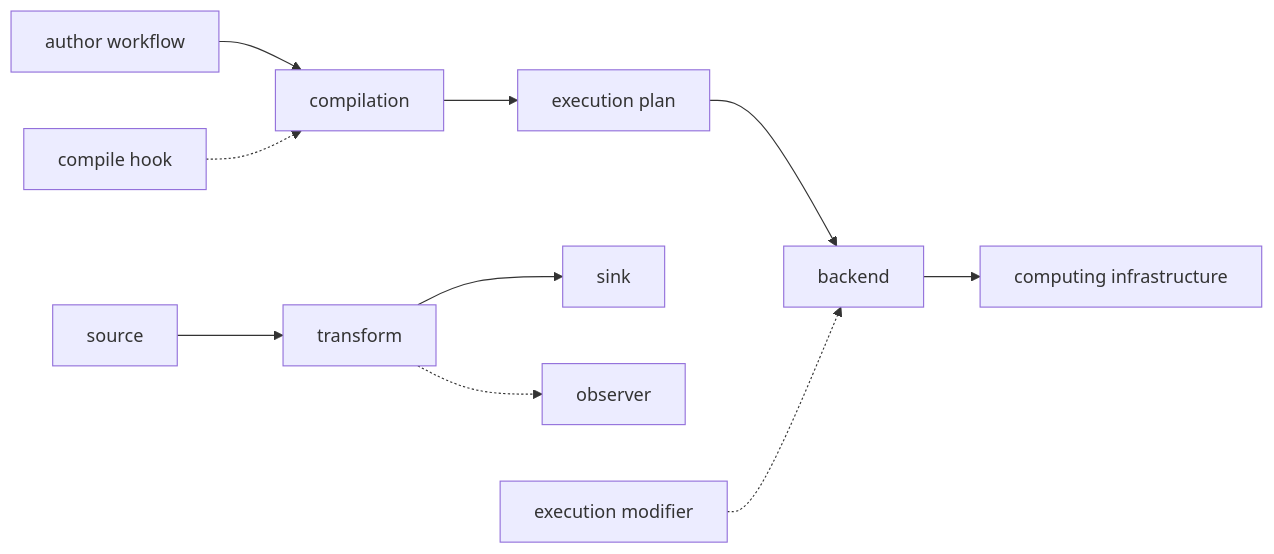
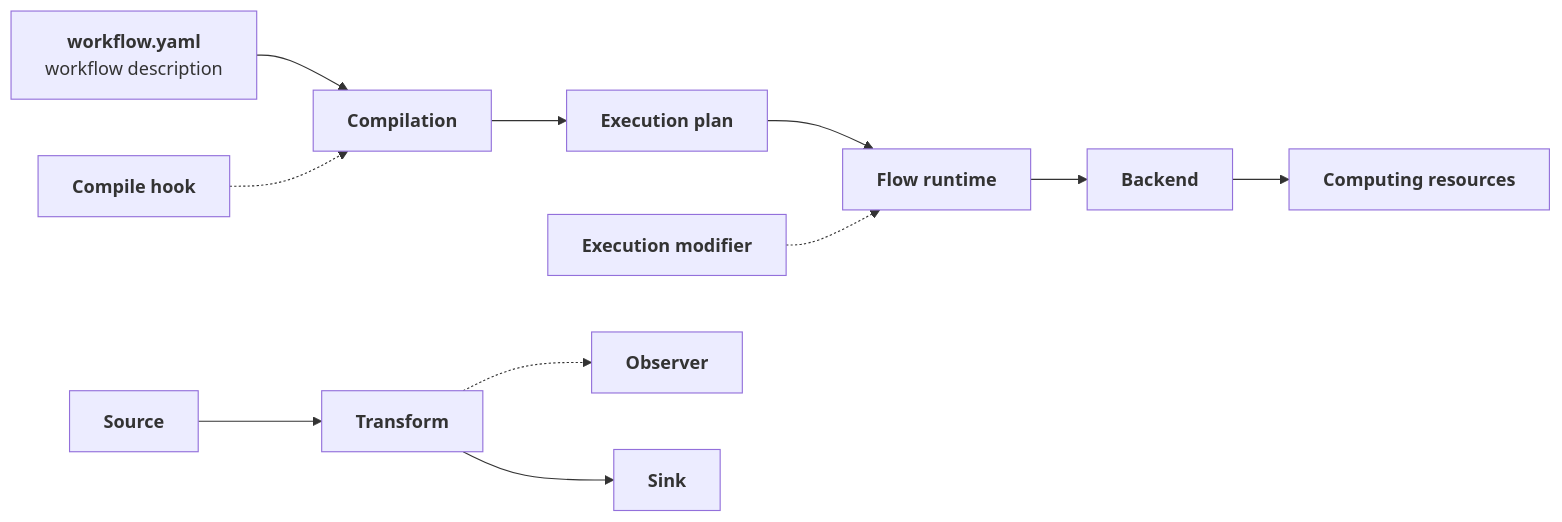
One commit to FAST-HEP/fasthep-flow changed the first of 2 diagrams in docs/extending/index.md. Above: the diagram before and after it, drawn with Mermaid. The commit also changed other lines of this file and 9 other files, not shown here.

````diff
--- a/docs/extending/index.md
+++ b/docs/extending/index.md
@@ -15,27 +18,25 @@
 ```{mermaid}
 flowchart LR
-    Author["author workflow"]
-    Compile["compilation"]
-    Plan["execution plan"]
-    Backend["backend"]
-    Infra["computing infrastructure"]
+    Workflow["<b>workflow.yaml</b><br/>workflow description"]:::input
+    Compile["<b>Compilation</b>"]:::flow
+    Plan["<b>Execution plan</b>"]:::plan
+    Runtime["<b>Flow runtime</b>"]:::runtime
+    Backend["<b>Backend</b>"]:::capability
+    Infra["<b>Computing resources</b>"]:::capability
 
-    Source["source"]
-    Transform["transform"]
-    Sink["sink"]
-    Observer["observer"]
+    Hook["<b>Compile hook</b>"]:::capability
+    Modifier["<b>Execution modifier</b>"]:::capability
 
-    Hook["compile hook"]
-    Modifier["execution modifier"]
+    Source["<b>Source</b>"]:::source
+    Transform["<b>Transform</b>"]:::transform
+    Observer["<b>Observer</b>"]:::observer
+    Sink["<b>Sink</b>"]:::sink
 
-    Author --> Compile
+    Workflow --> Compile --> Plan --> Runtime --> Backend --> Infra
+
     Hook -.-> Compile
-    Compile --> Plan
-    Plan --> Backend
-    Modifier -.-> Backend
-    Backend --> Infra
+    Modifier -.-> Runtime
 
-    Source --> Transform
-    Transform --> Sink
+    Source --> Transform --> Sink
     Transform -.-> Observer
 ```
````
